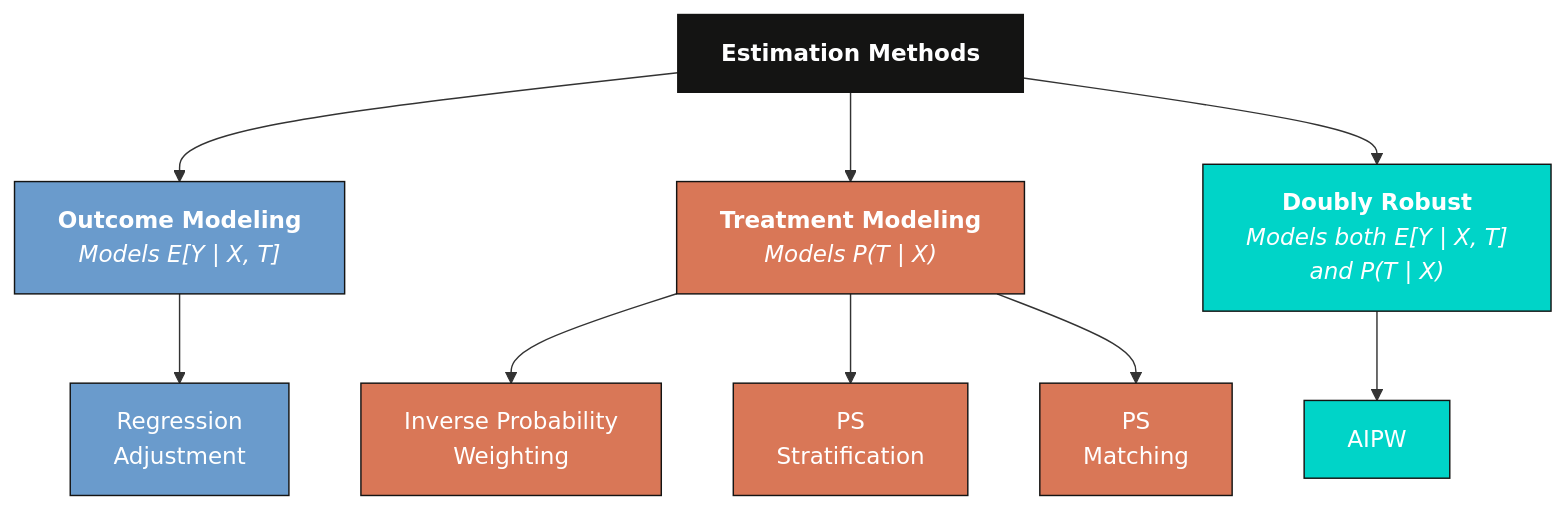
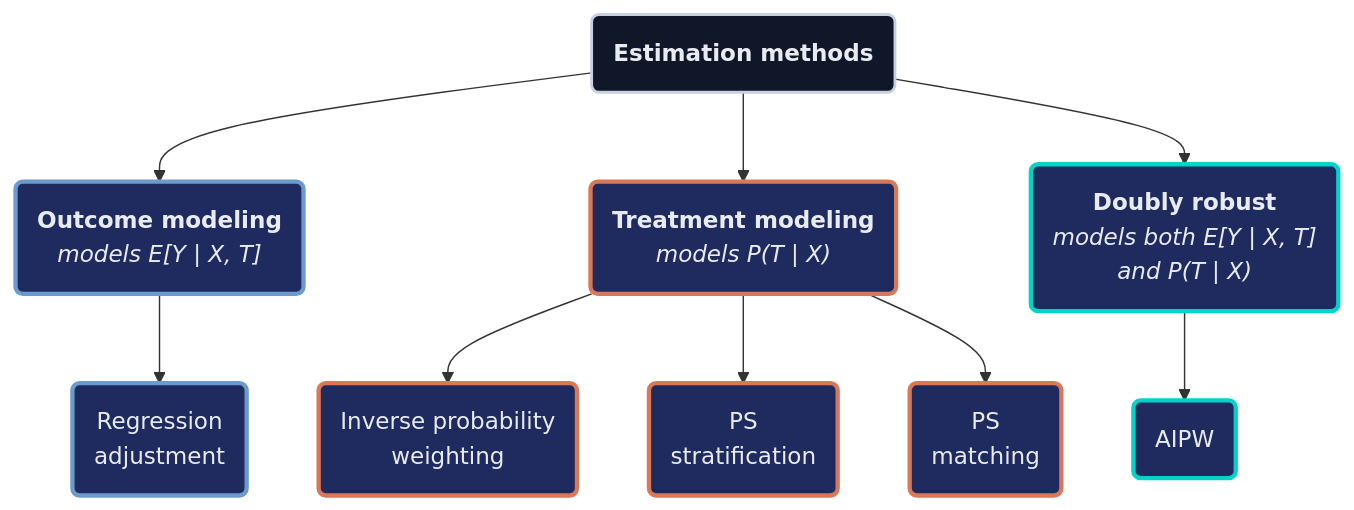
Before and after one commit to cmg777/starter-academic-v501: the fifth of 5 diagrams in content/post/python_dowhy/references/tutorial.qmd, drawn with Mermaid. The commit also changed other lines of this file and 42 other files, not shown here.

First line of the commit message:
content(mermaid): restyle Mermaid copies in tutorial sources and the LaLonde slide deck

````diff
--- a/content/post/python_dowhy/references/tutorial.qmd
+++ b/content/post/python_dowhy/references/tutorial.qmd
@@ -601,22 +611,20 @@
 ```{mermaid}
 graph TD
-    Root["<b>Estimation Methods</b>"] --> OM["<b>Outcome Modeling</b><br/><i>Models E[Y | X, T]</i>"]
-    Root --> TM["<b>Treatment Modeling</b><br/><i>Models P(T | X)</i>"]
-    Root --> DR_cat["<b>Doubly Robust</b><br/><i>Models both E[Y | X, T]<br/>and P(T | X)</i>"]
+    Root("<b>Estimation methods</b>") --> OM("<b>Outcome modeling</b><br/><i>models E[Y | X, T]</i>")
+    Root --> TM("<b>Treatment modeling</b><br/><i>models P(T | X)</i>")
+    Root --> DR_cat("<b>Doubly robust</b><br/><i>models both E[Y | X, T]<br/>and P(T | X)</i>")
 
-    OM --> RA["Regression<br/>Adjustment"]
-    TM --> IPW["Inverse Probability<br/>Weighting"]
-    TM --> PSS["PS<br/>Stratification"]
-    TM --> PSM["PS<br/>Matching"]
-    DR_cat --> DR["AIPW"]
-
-    style Root fill:#141413,stroke:#141413,color:#fff
-    style OM fill:#6a9bcc,stroke:#141413,color:#fff
-    style TM fill:#d97757,stroke:#141413,color:#fff
-    style DR_cat fill:#00d4c8,stroke:#141413,color:#fff
-    style RA fill:#6a9bcc,stroke:#141413,color:#fff
-    style IPW fill:#d97757,stroke:#141413,color:#fff
-    style PSS fill:#d97757,stroke:#141413,color:#fff
-    style PSM fill:#d97757,stroke:#141413,color:#fff
-    style DR fill:#00d4c8,stroke:#141413,color:#fff
+    OM --> RA("Regression<br/>adjustment")
+    TM --> IPW("Inverse probability<br/>weighting")
+    TM --> PSS("PS<br/>stratification")
+    TM --> PSM("PS<br/>matching")
+    DR_cat --> DR("AIPW")
+    classDef anchor fill:#0f1729,stroke:#c8d0e0,stroke-width:2px,color:#e8ecf2
+    classDef blue fill:#1f2b5e,stroke:#6a9bcc,stroke-width:3px,color:#e8ecf2
+    classDef orange fill:#1f2b5e,stroke:#d97757,stroke-width:3px,color:#e8ecf2
+    classDef teal fill:#1f2b5e,stroke:#00d4c8,stroke-width:3px,color:#e8ecf2
+    class Root anchor
+    class OM,RA blue
+    class TM,IPW,PSS,PSM orange
+    class DR_cat,DR teal
 ```
````
